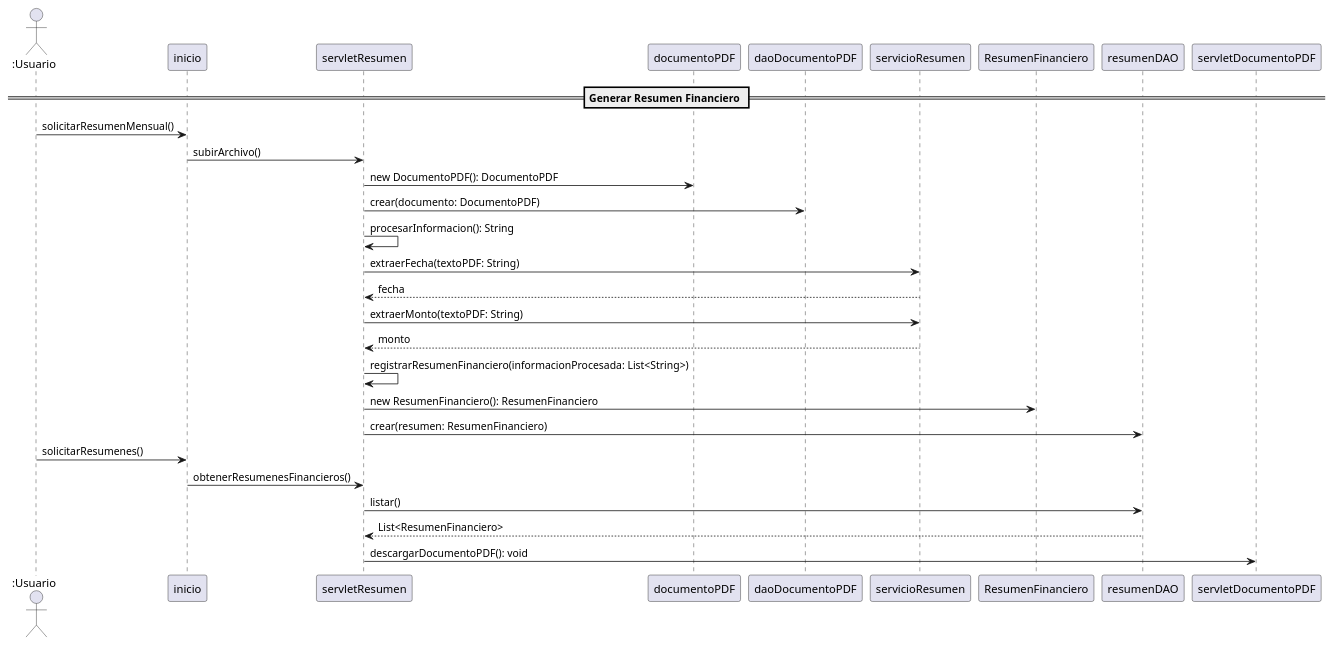
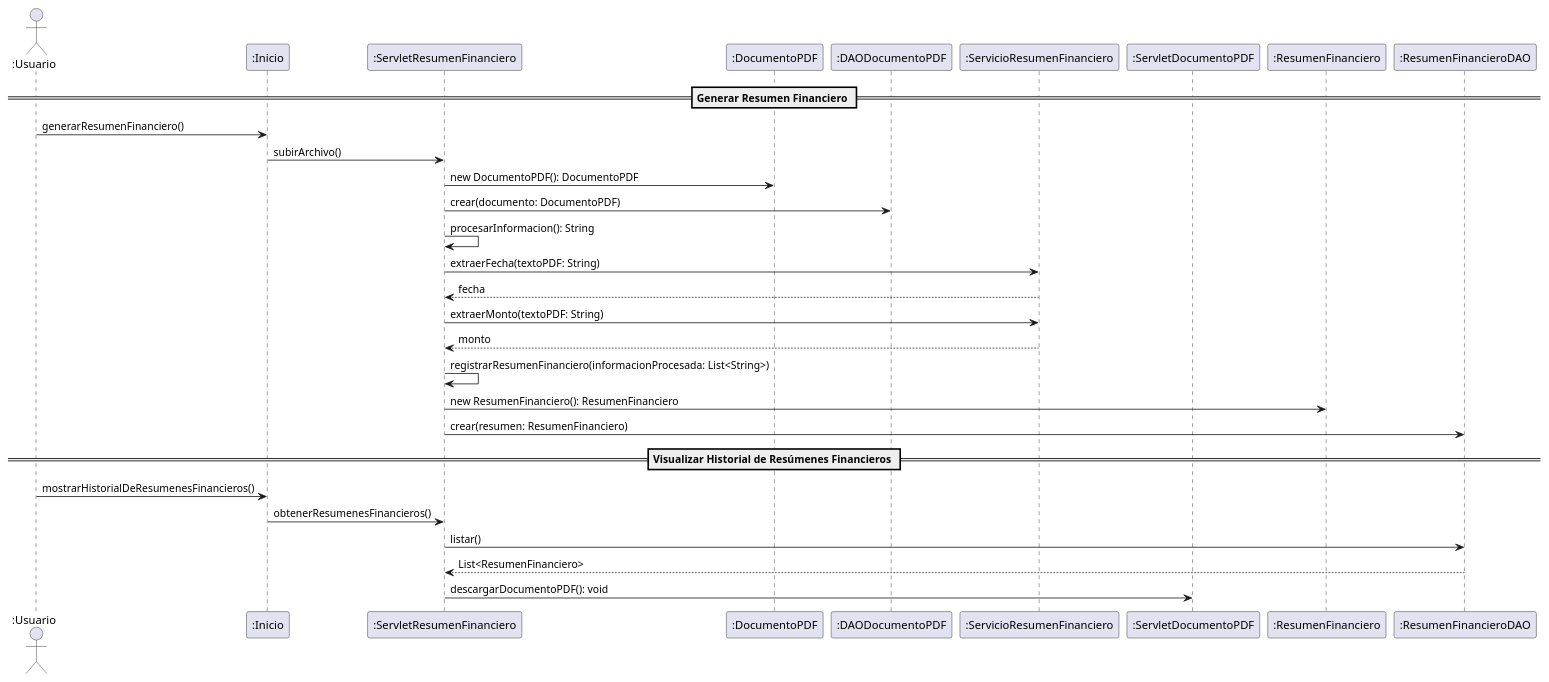
Before and after one commit to GregorySD1707/GR01_1BT3_622_25B: the diagram in diagramas/no_subir.puml, drawn with PlantUML. The commit also changed 6 other files, not shown here.

Commit message:
Reorganizando elementos de controladores y daos de resumen financiero

```diff
--- a/diagramas/no_subir.puml
+++ b/diagramas/no_subir.puml
@@ -1,23 +1,35 @@
 @startuml
 == Generar Resumen Financiero ==
 actor ":Usuario" as usuario
+participant ":Inicio" as inicio
+participant ":ServletResumenFinanciero" as servletResumen
+participant ":DocumentoPDF" as documentoPDF
+participant ":DAODocumentoPDF" as daoDocumentoPDF
+participant ":ServicioResumenFinanciero" as servicioResumen
+participant ":ServletDocumentoPDF" as servletDocumentoPDF
+participant ":ResumenFinanciero" as resumen
+participant ":ResumenFinancieroDAO" as resumenDAO
 
-usuario -> inicio: solicitarResumenMensual()
+
+
+
+usuario -> inicio: generarResumenFinanciero()
 inicio -> servletResumen: subirArchivo()
 servletResumen -> documentoPDF: new DocumentoPDF(): DocumentoPDF
 servletResumen -> daoDocumentoPDF: crear(documento: DocumentoPDF)
 servletResumen -> servletResumen: procesarInformacion(): String
 servletResumen -> servicioResumen: extraerFecha(textoPDF: String)
 servicioResumen --> servletResumen: fecha
 servletResumen -> servicioResumen: extraerMonto(textoPDF: String)
 servicioResumen --> servletResumen: monto
 servletResumen -> servletResumen: registrarResumenFinanciero(informacionProcesada: List<String>)
-servletResumen -> ResumenFinanciero: new ResumenFinanciero(): ResumenFinanciero
+servletResumen -> resumen: new ResumenFinanciero(): ResumenFinanciero
 servletResumen -> resumenDAO: crear(resumen: ResumenFinanciero)
-usuario -> inicio: solicitarResumenes()
+== Visualizar Historial de Resúmenes Financieros ==
+usuario -> inicio: mostrarHistorialDeResumenesFinancieros()
 inicio -> servletResumen: obtenerResumenesFinancieros()
 servletResumen -> resumenDAO: listar()
 resumenDAO --> servletResumen: List<ResumenFinanciero>
 servletResumen -> servletDocumentoPDF: descargarDocumentoPDF(): void
 
 @enduml
```
